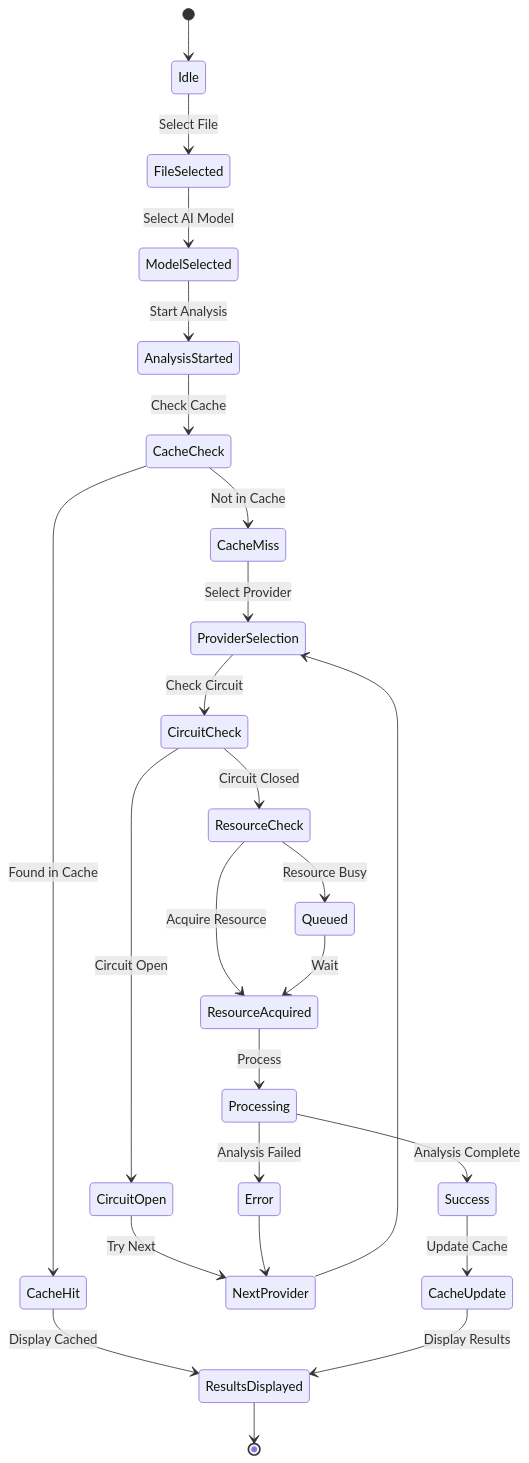
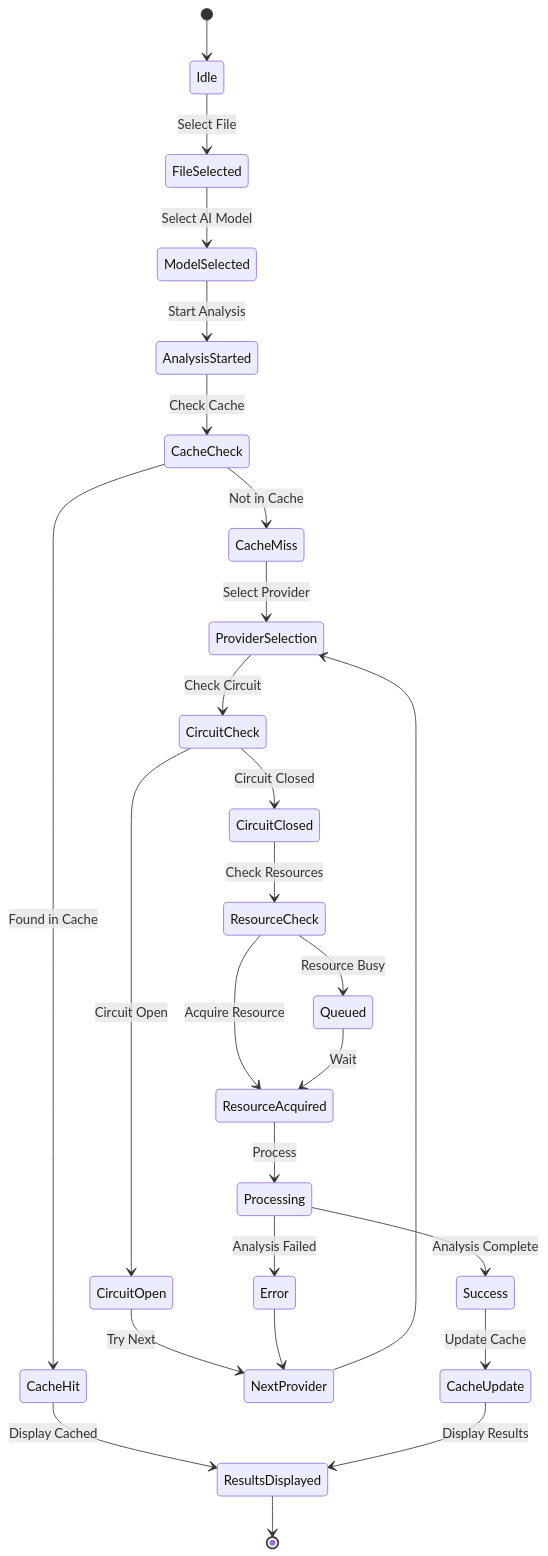
The ninth of 24 diagrams in docs/ARCHITECTURE.md (radicalkjax/Athena), drawn with Mermaid before and after one commit. The commit also changed other lines of this file and 41 other files, not shown here.

````diff
--- a/docs/ARCHITECTURE.md
+++ b/docs/ARCHITECTURE.md
@@ -360,39 +364,40 @@
 ```mermaid
 stateDiagram-v2
     [*] --> Idle
     
     Idle --> FileSelected: Select File
     FileSelected --> ModelSelected: Select AI Model
     ModelSelected --> AnalysisStarted: Start Analysis
     
     AnalysisStarted --> CacheCheck: Check Cache
     CacheCheck --> CacheHit: Found in Cache
     CacheCheck --> CacheMiss: Not in Cache
     
     CacheHit --> ResultsDisplayed: Display Cached
     
     CacheMiss --> ProviderSelection: Select Provider
     ProviderSelection --> CircuitCheck: Check Circuit
     
     CircuitCheck --> CircuitOpen: Circuit Open
-    CircuitCheck --> ResourceCheck: Circuit Closed
+    CircuitCheck --> CircuitClosed: Circuit Closed
     
     CircuitOpen --> NextProvider: Try Next
     NextProvider --> ProviderSelection
     
+    CircuitClosed --> ResourceCheck: Check Resources
     ResourceCheck --> ResourceAcquired: Acquire Resource
     ResourceCheck --> Queued: Resource Busy
     
     Queued --> ResourceAcquired: Wait
     ResourceAcquired --> Processing: Process
     
     Processing --> Success: Analysis Complete
     Processing --> Error: Analysis Failed
     
     Success --> CacheUpdate: Update Cache
     CacheUpdate --> ResultsDisplayed: Display Results
     
     Error --> NextProvider
     
     ResultsDisplayed --> [*]
 ```
````
